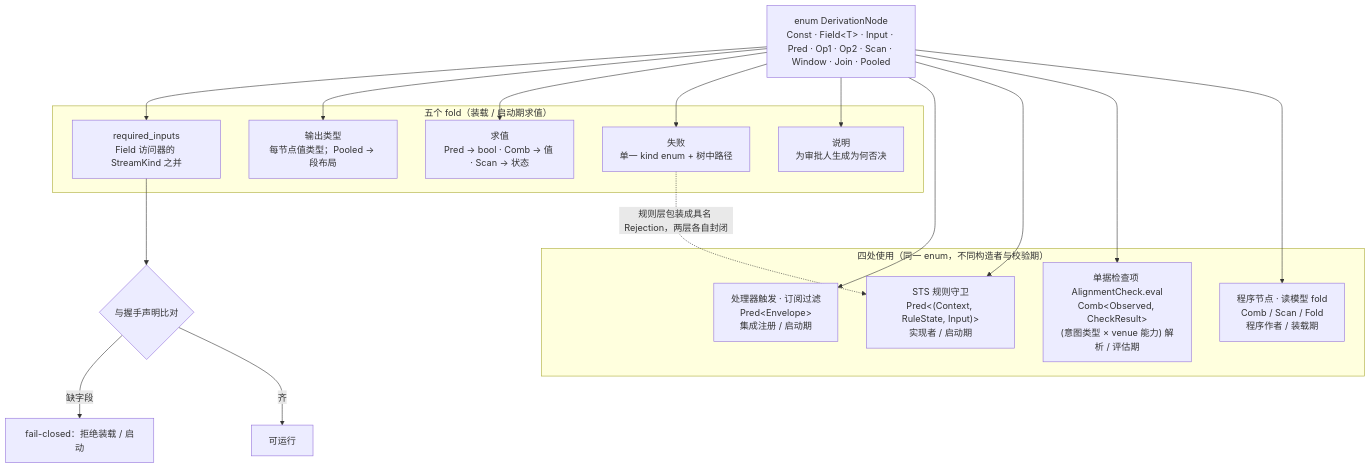
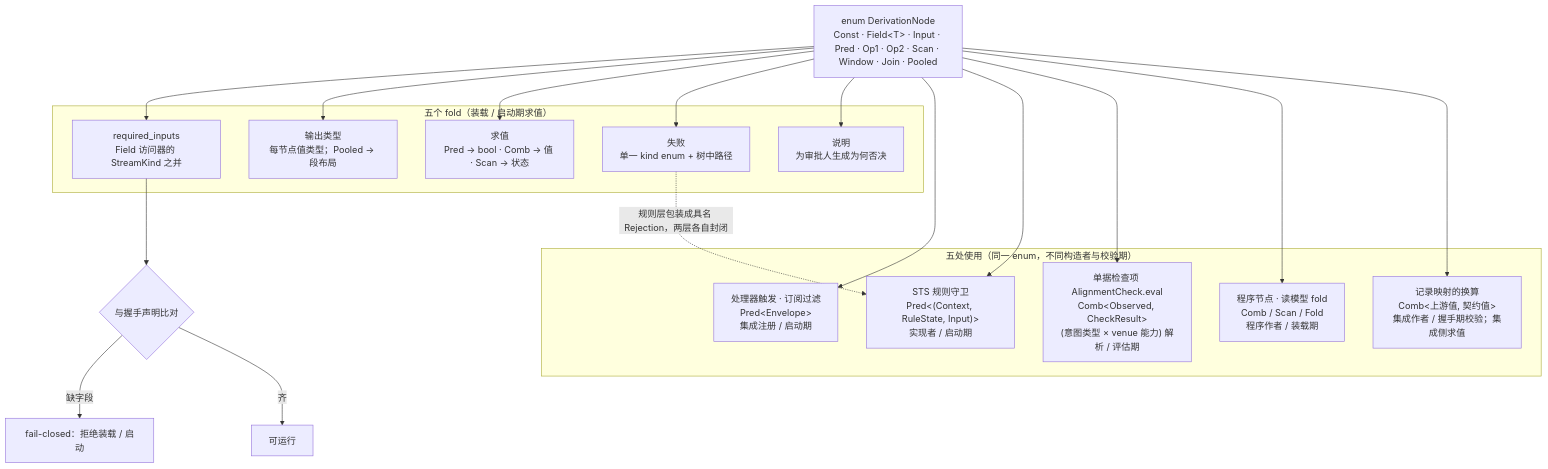
The third of 4 diagrams in design/diagrams/02-record-model.md (mouriya-s-lab/uta), drawn with Mermaid before and after one commit. The commit also changed other lines of this file and 15 other files, not shown here.

````diff
--- a/design/diagrams/02-record-model.md
+++ b/design/diagrams/02-record-model.md
@@ -70,23 +70,24 @@
 ```mermaid
 flowchart TB
   ENUM["enum DerivationNode<br/>Const · Field&lt;T&gt; · Input · Pred · Op1 · Op2 · Scan · Window · Join · Pooled"]
   subgraph FOLDS["五个 fold（装载 / 启动期求值）"]
     F1["required_inputs<br/>Field 访问器的 StreamKind 之并"]
     F2["输出类型<br/>每节点值类型；Pooled → 段布局"]
     F3["求值<br/>Pred → bool · Comb → 值 · Scan → 状态"]
     F4["失败<br/>单一 kind enum + 树中路径"]
     F5["说明<br/>为审批人生成为何否决"]
   end
   ENUM --> F1 & F2 & F3 & F4 & F5
   F1 --> CMP{"与握手声明比对"}
   CMP -->|"缺字段"| FC["fail-closed：拒绝装载 / 启动"]
   CMP -->|"齐"| OK["可运行"]
-  subgraph USES["四处使用（同一 enum，不同构造者与校验期）"]
+  subgraph USES["五处使用（同一 enum，不同构造者与校验期）"]
     U1["处理器触发 · 订阅过滤<br/>Pred&lt;Envelope&gt;<br/>集成注册 / 启动期"]
     U2["STS 规则守卫<br/>Pred&lt;(Context, RuleState, Input)&gt;<br/>实现者 / 启动期"]
     U3["单据检查项 AlignmentCheck.eval<br/>Comb&lt;Observed, CheckResult&gt;<br/>(意图类型 × venue 能力) 解析 / 评估期"]
     U4["程序节点 · 读模型 fold<br/>Comb / Scan / Fold<br/>程序作者 / 装载期"]
+    U5["记录映射的换算<br/>Comb&lt;上游值, 契约值&gt;<br/>集成作者 / 握手期校验；集成侧求值"]
   end
-  ENUM --> U1 & U2 & U3 & U4
+  ENUM --> U1 & U2 & U3 & U4 & U5
   F4 -.->|"规则层包装成具名 Rejection，两层各自封闭"| U2
 ```
````
